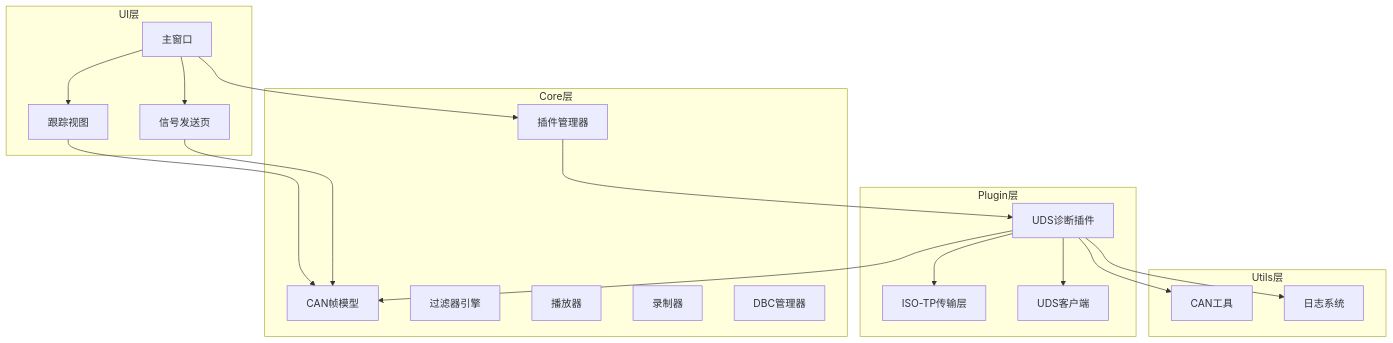
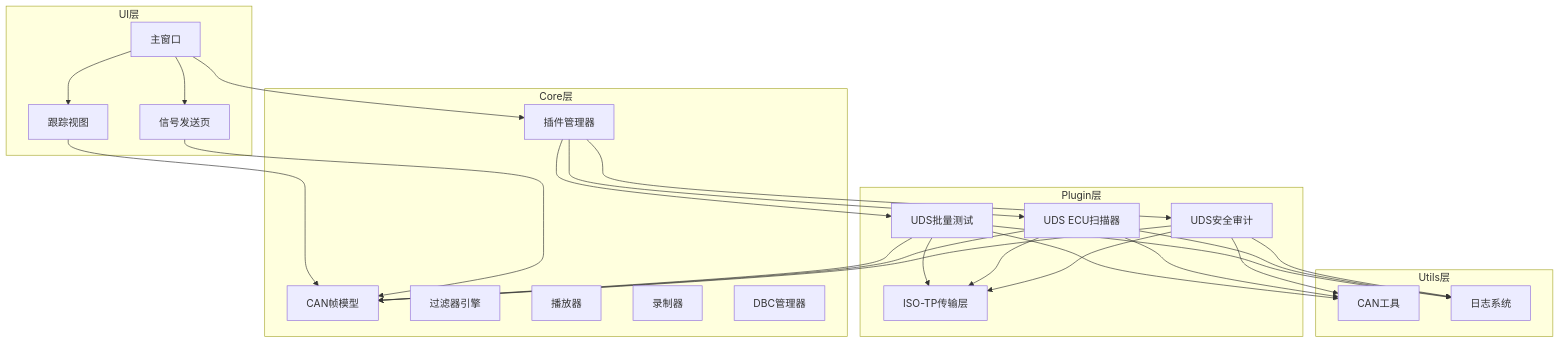
One commit to jakecai1225-design/OpenBus changed the first of 7 diagrams in .qoder/repowiki/zh/content/核心模块详解/UDS诊断接口.md. Above: the diagram before and after it, drawn with Mermaid. The commit also changed other lines of this file and 80 other files, not shown here.

Commit message:
graphic 优化

````diff
--- a/.qoder/repowiki/zh/content/核心模块详解/UDS诊断接口.md
+++ b/.qoder/repowiki/zh/content/核心模块详解/UDS诊断接口.md
@@ -47,36 +48,46 @@
 ```mermaid
 graph TB
 subgraph "UI层"
 MainWindow["主窗口"]
 TraceView["跟踪视图"]
 SignalSendTab["信号发送页"]
 end
 subgraph "Core层"
 CANFrame["CAN帧模型"]
 FilterEngine["过滤器引擎"]
 Player["播放器"]
 Recorder["录制器"]
 DBCManager["DBC管理器"]
 PluginManager["插件管理器"]
 end
 subgraph "Plugin层"
-UDSPlugin["UDS诊断插件"]
+UDSBatch["UDS批量测试"]
+UDSScan["UDS ECU扫描器"]
+UDSSecurity["UDS安全审计"]
 IsotpLayer["ISO-TP传输层"]
-UdsClient["UDS客户端"]
 end
 subgraph "Utils层"
 CANUtils["CAN工具"]
 Logging["日志系统"]
 end
 MainWindow --> TraceView
 MainWindow --> SignalSendTab
 MainWindow --> PluginManager
-PluginManager --> UDSPlugin
-UDSPlugin --> IsotpLayer
-UDSPlugin --> UdsClient
+PluginManager --> UDSBatch
+PluginManager --> UDSScan
+PluginManager --> UDSSecurity
+UDSBatch --> IsotpLayer
+UDSScan --> IsotpLayer
+UDSSecurity --> IsotpLayer
 TraceView --> CANFrame
 SignalSendTab --> CANFrame
-UDSPlugin --> CANFrame
-UDSPlugin --> CANUtils
-UDSPlugin --> Logging
+UDSBatch --> CANFrame
+UDSScan --> CANFrame
+UDSSecurity --> CANFrame
+UDSBatch --> CANUtils
+UDSScan --> CANUtils
+UDSSecurity --> CANUtils
+UDSBatch --> Logging
+UDSScan --> Logging
+UDSSecurity --> Logging
 ```
````
